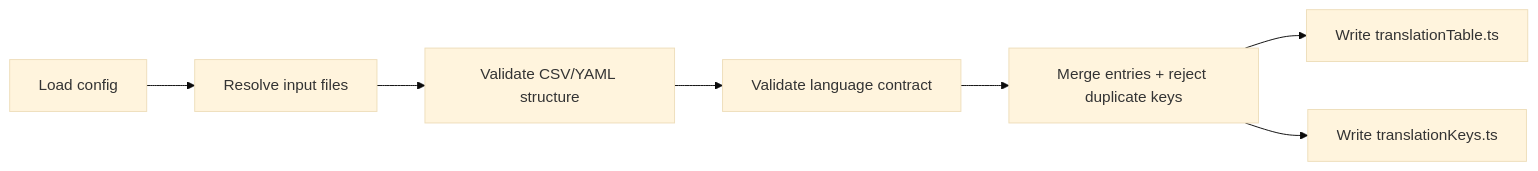
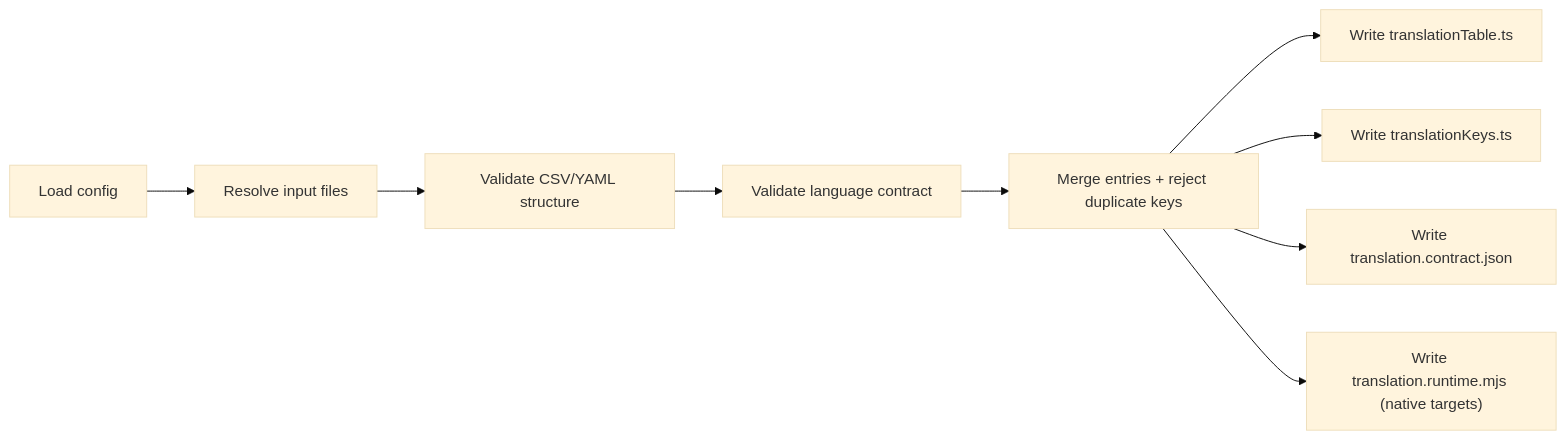
Before and after one commit to Michael--/typekit-i18n: the diagram in apps/docs-site/docs/codegen-cli.md, drawn with Mermaid (base theme). The commit also changed other lines of this file and 7 other files, not shown here.

Commit message:
feat(codegen): generate shared runtime bridge for native targets

````diff
--- a/apps/docs-site/docs/codegen-cli.md
+++ b/apps/docs-site/docs/codegen-cli.md
@@ -139,9 +143,11 @@
 ```mermaid
 flowchart LR
   A["Load config"] --> B["Resolve input files"]
   B --> C["Validate CSV/YAML structure"]
   C --> D["Validate language contract"]
   D --> E["Merge entries + reject duplicate keys"]
   E --> F["Write translationTable.ts"]
   E --> G["Write translationKeys.ts"]
+  E --> H["Write translation.contract.json"]
+  E --> I["Write translation.runtime.mjs (native targets)"]
 ```
````
